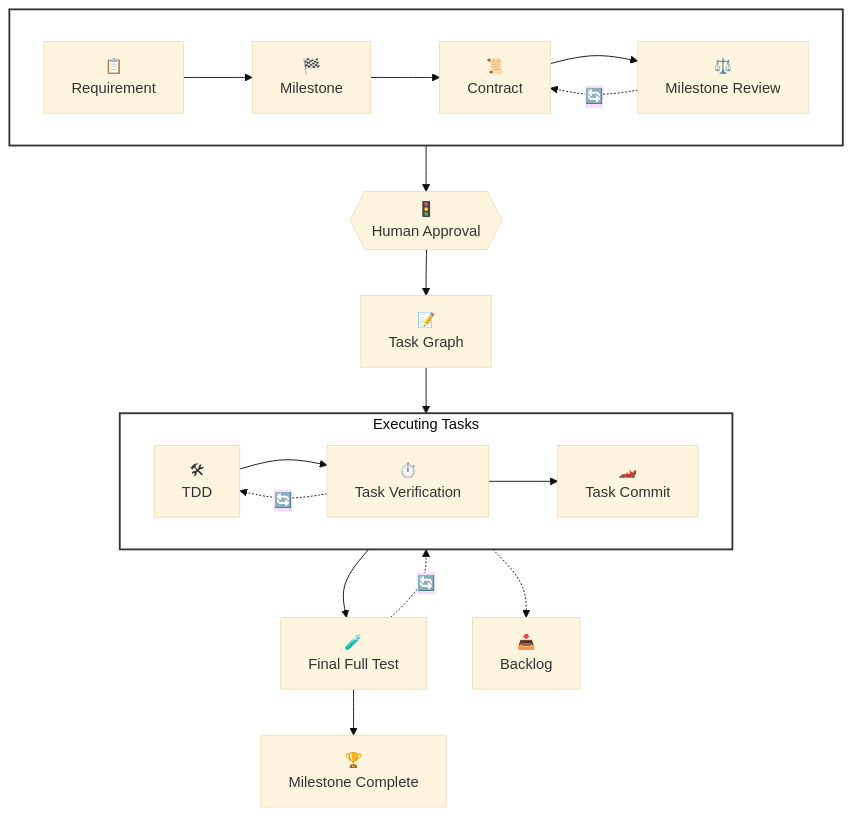
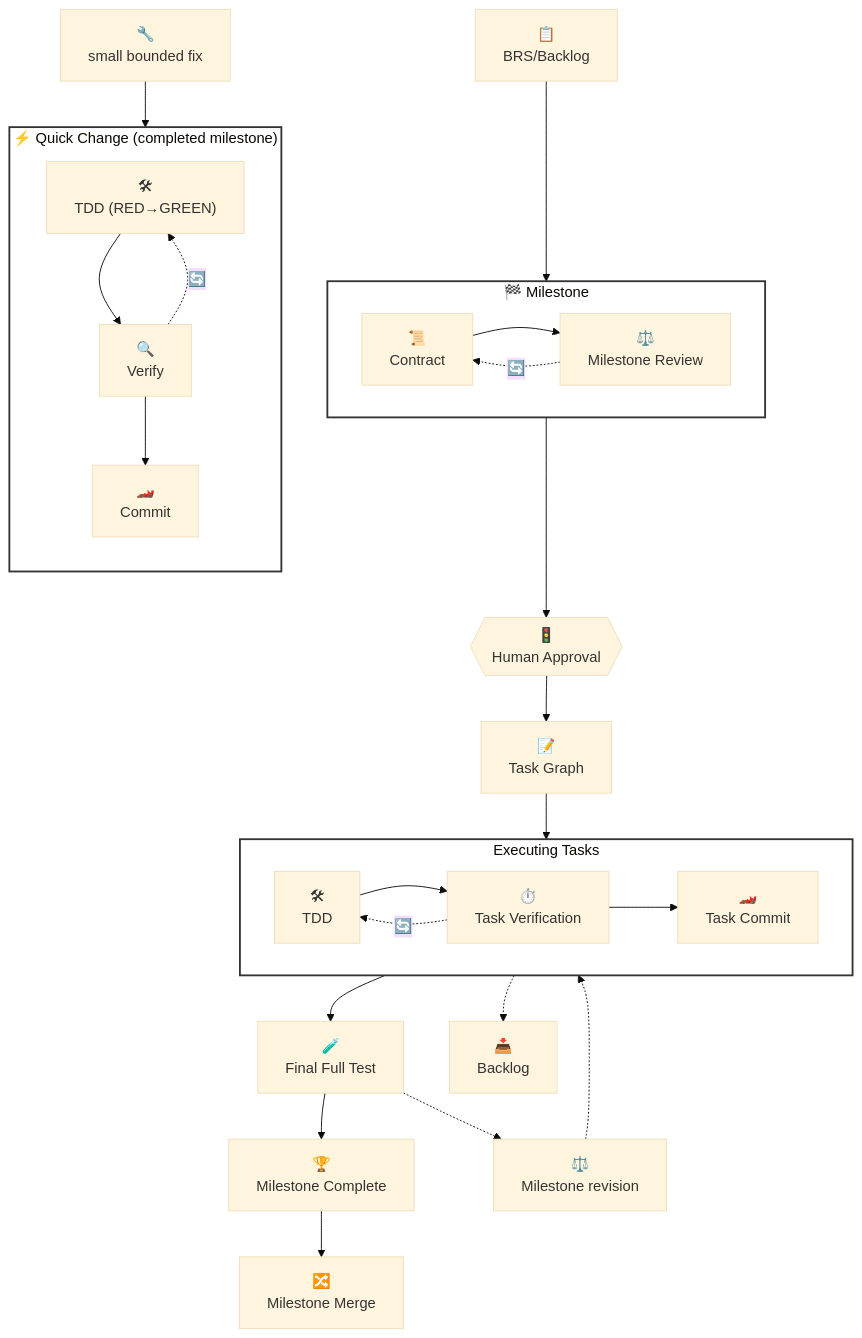
The diagram in docs/assets/workflow.mmd (thixpin/pitway), drawn with Mermaid (base theme) before and after one commit. The commit also changed 2 other files, not shown here.

Commit message:
chore: stage developer-updated workflow diagram and backlog promotions ahead of M027 baseline

```diff
--- a/docs/assets/workflow.mmd
+++ b/docs/assets/workflow.mmd
@@ -1,32 +1,47 @@
 flowchart TD
 
-    subgraph PLAN[" "]
+    A["📋<br/>BRS/Backlog"]
+
+    subgraph PLAN["🏁 Milestone"]
         direction LR
-        A["📋<br/>Requirement"] --> B["🏁<br/>Milestone"]
-        B --> C["📜<br/>Contract"]
+        C["📜<br/>Contract"]
         C --> R["⚖️<br/>Milestone Review"]
         R -. 🔄 .-> C
     end
 
+    B["🔧<br/>small bounded fix"]
+    subgraph QUICK["⚡ Quick Change (completed milestone)"]
+        direction TD
+        TTD["🛠<br/>TDD (RED→GREEN)"]
+        TTD --> QC2["🔍<br/>Verify"]
+        QC2 --> QC3["🏎️<br/>Commit"]
+        QC2 -. 🔄 .-> TTD
+    end
+    B --> QUICK
+
+    A --> PLAN
     PLAN --> D{{"🚦<br/>Human Approval"}}
     D --> E["📝<br/>Task Graph"]
 
     subgraph EXECUTE["Executing Tasks"]
         direction LR
         F["🛠<br/>TDD"]
         F --> G["⏱️<br/>Task Verification"]
         G --> H["🏎️<br/>Task Commit"]
     end
 
+    E --> EXECUTE
     EXECUTE --> I["🧪<br/>Final Full Test"]
     I --> J["🏆<br/>Milestone Complete"]
+    J --> K["🔀<br/>Milestone Merge"]
+
+    I -.-> MR["⚖️<br/>Milestone revision"]
+    MR -.-> EXECUTE
+    
+    G -. 🔄 .-> F
 
     EXECUTE .-> BL["📥<br/>Backlog"]
 
-
-    G -. 🔄 .-> F
-    E --> EXECUTE
-    I -. 🔄 .-> EXECUTE
-
     style PLAN fill:none,stroke:#333,stroke-width:2px
+    style QUICK fill:none,stroke:#333,stroke-width:2px
     style EXECUTE fill:none,stroke:#333,stroke-width:2px
```
